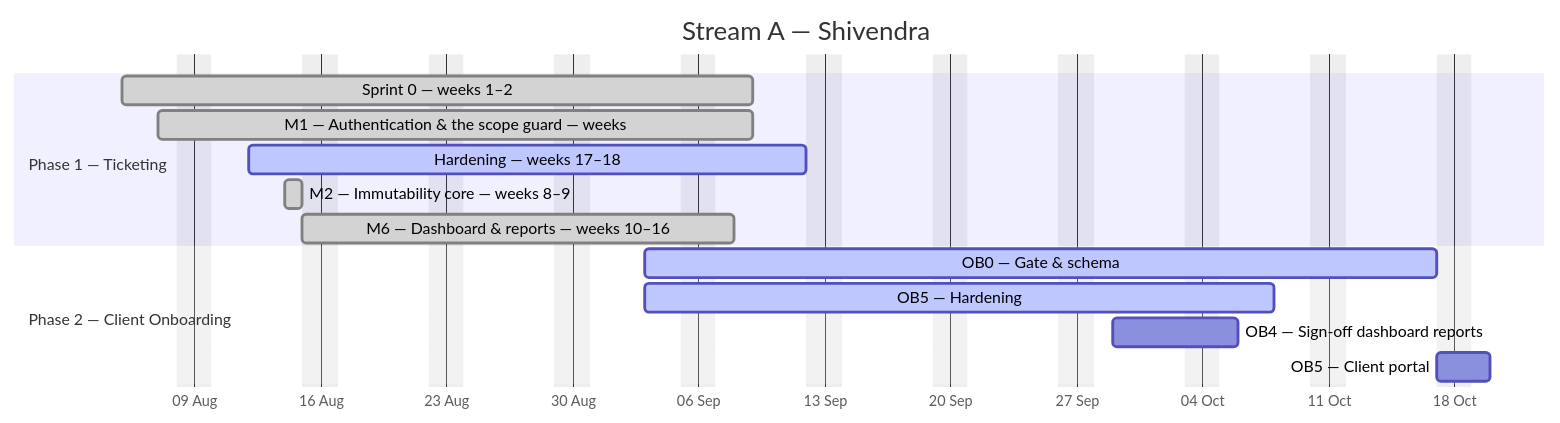
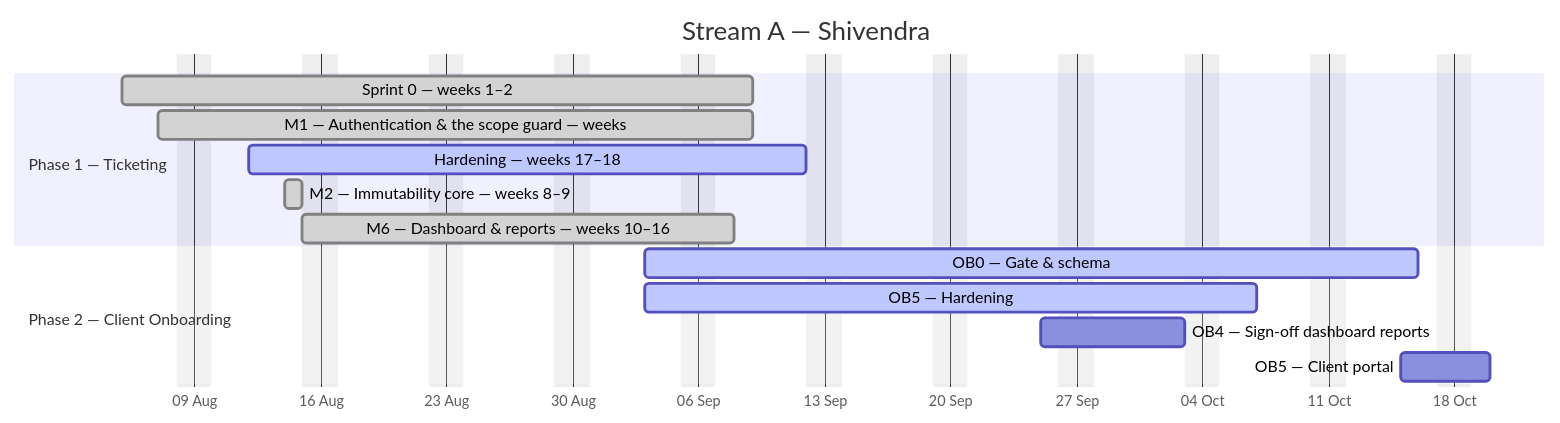
Before and after one commit to debashisedunext/EduTrack: the first of 4 diagrams in docs/plan/GANTT.md, drawn with Mermaid. The commit also changed other lines of this file and 2 other files, not shown here.

````diff
--- a/docs/plan/GANTT.md
+++ b/docs/plan/GANTT.md
@@ -128,18 +128,18 @@
 ```mermaid
 gantt
     dateFormat YYYY-MM-DD
     axisFormat %d %b
     title Stream A — Shivendra
     excludes weekends
     section Phase 1 — Ticketing
     Sprint 0 — weeks 1–2 :done, a0, 2026-08-05, 25d
     M1 — Authentication & the scope guard — weeks :done, a1, 2026-08-07, 23d
     Hardening — weeks 17–18 :active, a2, 2026-08-12, 23d
     M2 — Immutability core — weeks 8–9 :done, a3, 2026-08-14, 1d
     M6 — Dashboard & reports — weeks 10–16 :done, a4, 2026-08-15, 17d
     section Phase 2 — Client Onboarding
-    OB0 — Gate & schema :active, a5, 2026-09-03, 32d
-    OB5 — Hardening :active, a6, 2026-09-03, 25d
-    OB4 — Sign-off  dashboard  reports :a7, 2026-09-29, 5d
-    OB5 — Client portal :a8, 2026-10-17, 2d
+    OB0 — Gate & schema :active, a5, 2026-09-03, 31d
+    OB5 — Hardening :active, a6, 2026-09-03, 24d
+    OB4 — Sign-off  dashboard  reports :a7, 2026-09-25, 6d
+    OB5 — Client portal :a8, 2026-10-15, 3d
 ```
````
